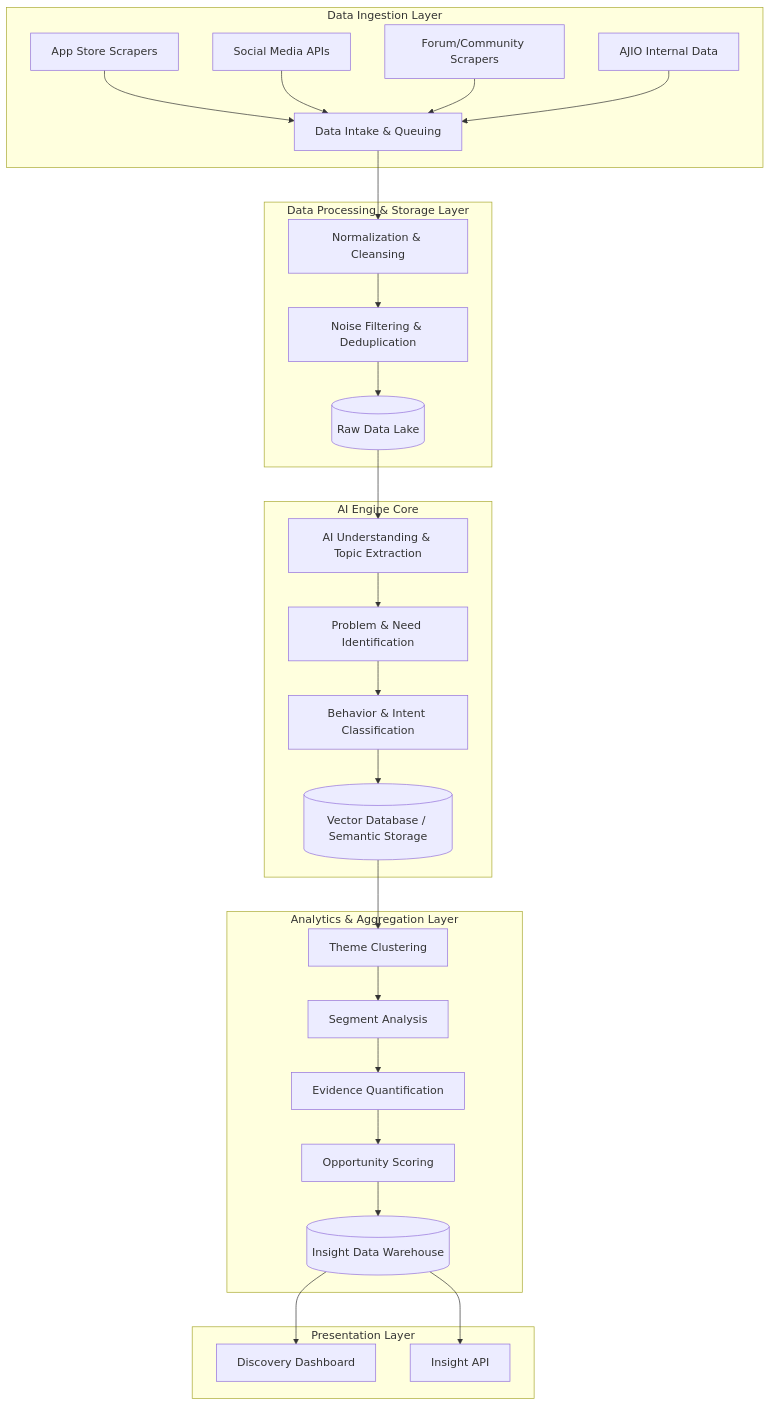
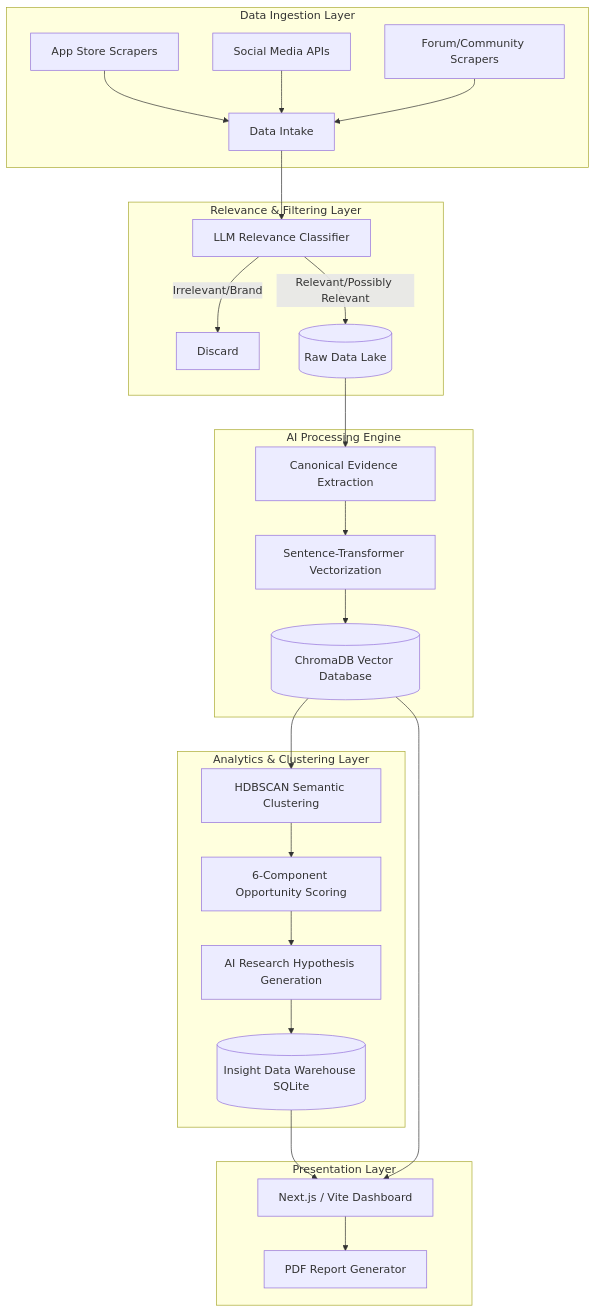
The diagram in architecture.md (Santhosh-A-Git/AJIO-AI-Discovery-Engine), drawn with Mermaid before and after one commit. The commit also changed other lines of this file and 2 other files, not shown here.

Commit message:
docs: Update documentation to reflect final architecture and pipeline implementation

````diff
--- a/architecture.md
+++ b/architecture.md
@@ -8,35 +8,33 @@
 ```mermaid
 graph TD
     subgraph Data Ingestion Layer
         A1[App Store Scrapers] --> B
         A2[Social Media APIs] --> B
         A3[Forum/Community Scrapers] --> B
-        A4[AJIO Internal Data] --> B
     end
 
-    subgraph Data Processing & Storage Layer
-        B[Data Intake & Queuing] --> C[Normalization & Cleansing]
-        C --> D[Noise Filtering & Deduplication]
-        D --> E[(Raw Data Lake)]
+    subgraph Relevance & Filtering Layer
+        B[Data Intake] --> C[LLM Relevance Classifier]
+        C -- Irrelevant/Brand --> D[Discard]
+        C -- Relevant/Possibly Relevant --> E[(Raw Data Lake)]
     end
 
-    subgraph AI Engine Core
-        E --> F[AI Understanding & Topic Extraction]
-        F --> G[Problem & Need Identification]
-        G --> H[Behavior & Intent Classification]
-        H --> I[(Vector Database / Semantic Storage)]
+    subgraph AI Processing Engine
+        E --> F[Canonical Evidence Extraction]
+        F --> G[Sentence-Transformer Vectorization]
+        G --> H[(ChromaDB Vector Database)]
     end
 
-    subgraph Analytics & Aggregation Layer
-        I --> J[Theme Clustering]
-        J --> K[Segment Analysis]
-        K --> L[Evidence Quantification]
-        L --> M[Opportunity Scoring]
-        M --> N[(Insight Data Warehouse)]
+    subgraph Analytics & Clustering Layer
+        H --> I[HDBSCAN Semantic Clustering]
+        I --> J[6-Component Opportunity Scoring]
+        J --> K[AI Research Hypothesis Generation]
+        K --> L[(Insight Data Warehouse SQLite)]
     end
 
     subgraph Presentation Layer
-        N --> O[Discovery Dashboard]
-        N --> P[Insight API]
+        L --> M[Next.js / Vite Dashboard]
+        H --> M
+        M --> N[PDF Report Generator]
     end
 ```
````
